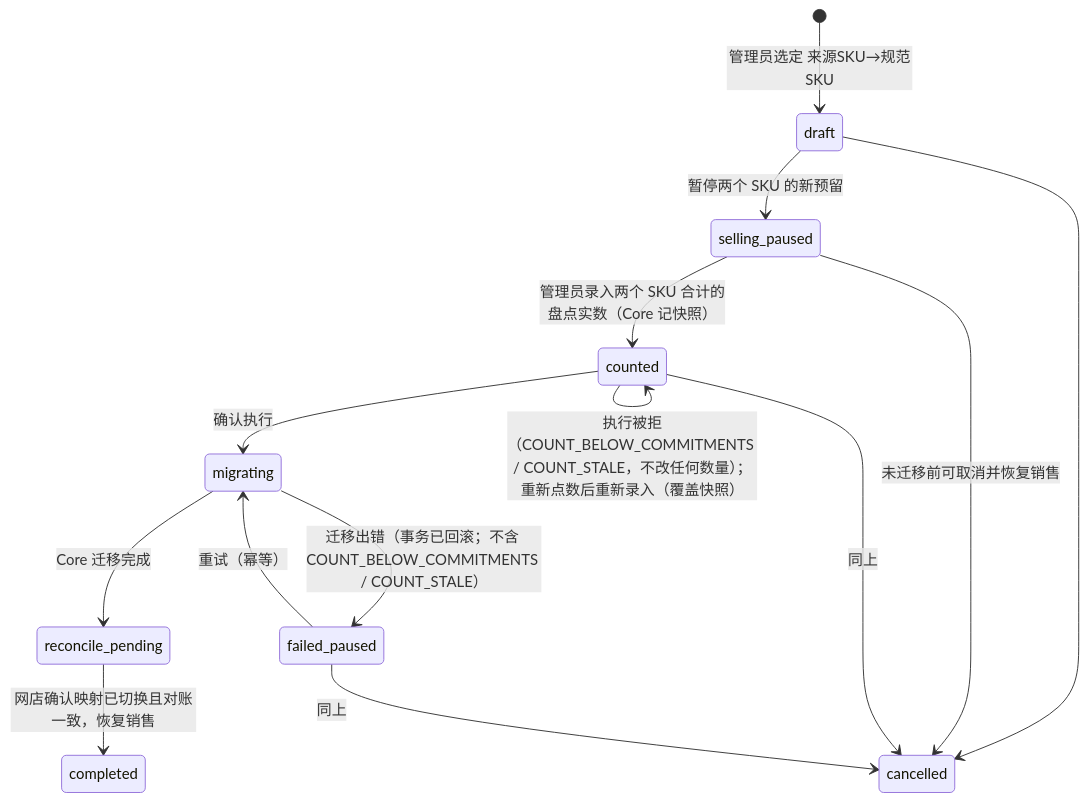
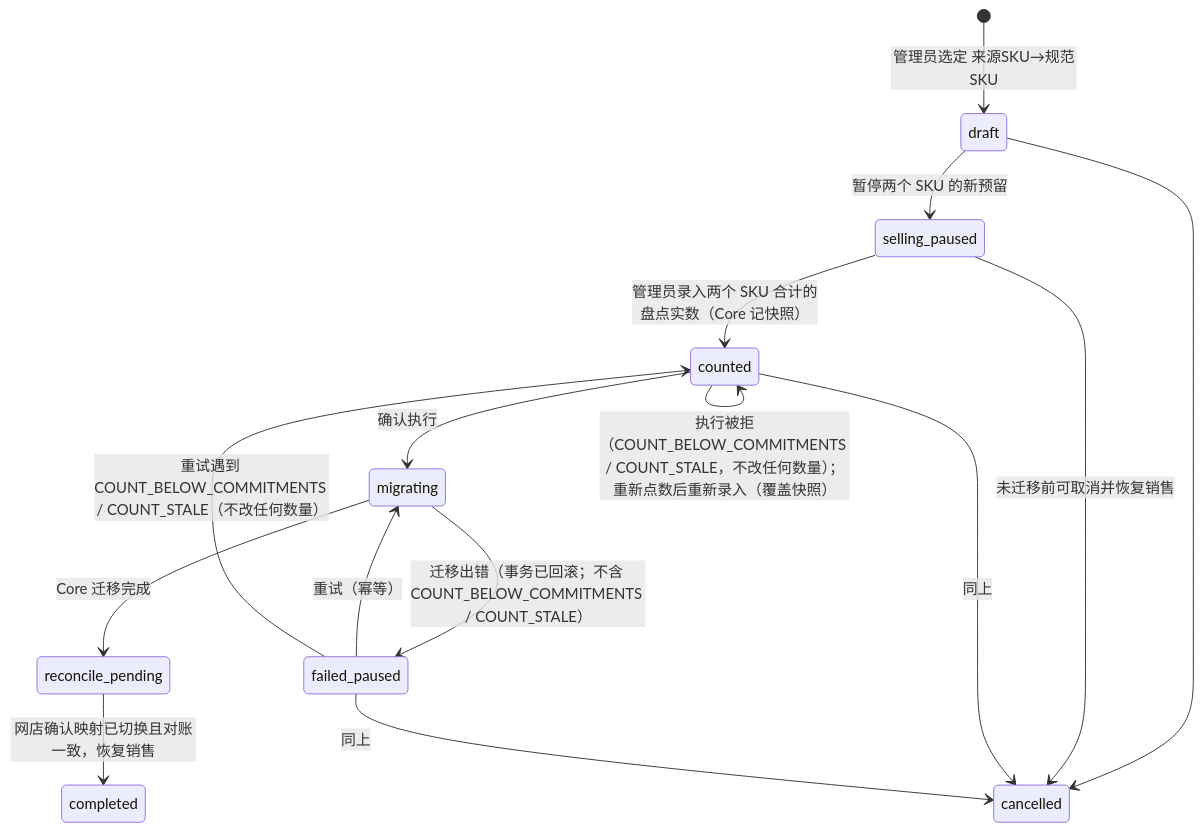
One commit to kelvinpang90/acuven_stock_core changed the first of 2 diagrams in docs/CONTRACT_V1.md. Above: the diagram before and after it, drawn with Mermaid. The commit also changed other lines of this file and 1 other file, not shown here.

````diff
--- a/docs/CONTRACT_V1.md
+++ b/docs/CONTRACT_V1.md
@@ -111,16 +112,17 @@
 ```mermaid
 stateDiagram-v2
   [*] --> draft: 管理员选定 来源SKU→规范SKU
   draft --> selling_paused: 暂停两个 SKU 的新预留
   selling_paused --> counted: 管理员录入两个 SKU 合计的盘点实数（Core 记快照）
   counted --> counted: 执行被拒（COUNT_BELOW_COMMITMENTS / COUNT_STALE，不改任何数量）；重新点数后重新录入（覆盖快照）
   counted --> migrating: 确认执行
   migrating --> reconcile_pending: Core 迁移完成
   reconcile_pending --> completed: 网店确认映射已切换且对账一致，恢复销售
   migrating --> failed_paused: 迁移出错（事务已回滚；不含 COUNT_BELOW_COMMITMENTS / COUNT_STALE）
   failed_paused --> migrating: 重试（幂等）
+  failed_paused --> counted: 重试遇到 COUNT_BELOW_COMMITMENTS / COUNT_STALE（不改任何数量）
   draft --> cancelled
   selling_paused --> cancelled: 未迁移前可取消并恢复销售
   counted --> cancelled: 同上
   failed_paused --> cancelled: 同上
 ```
````
